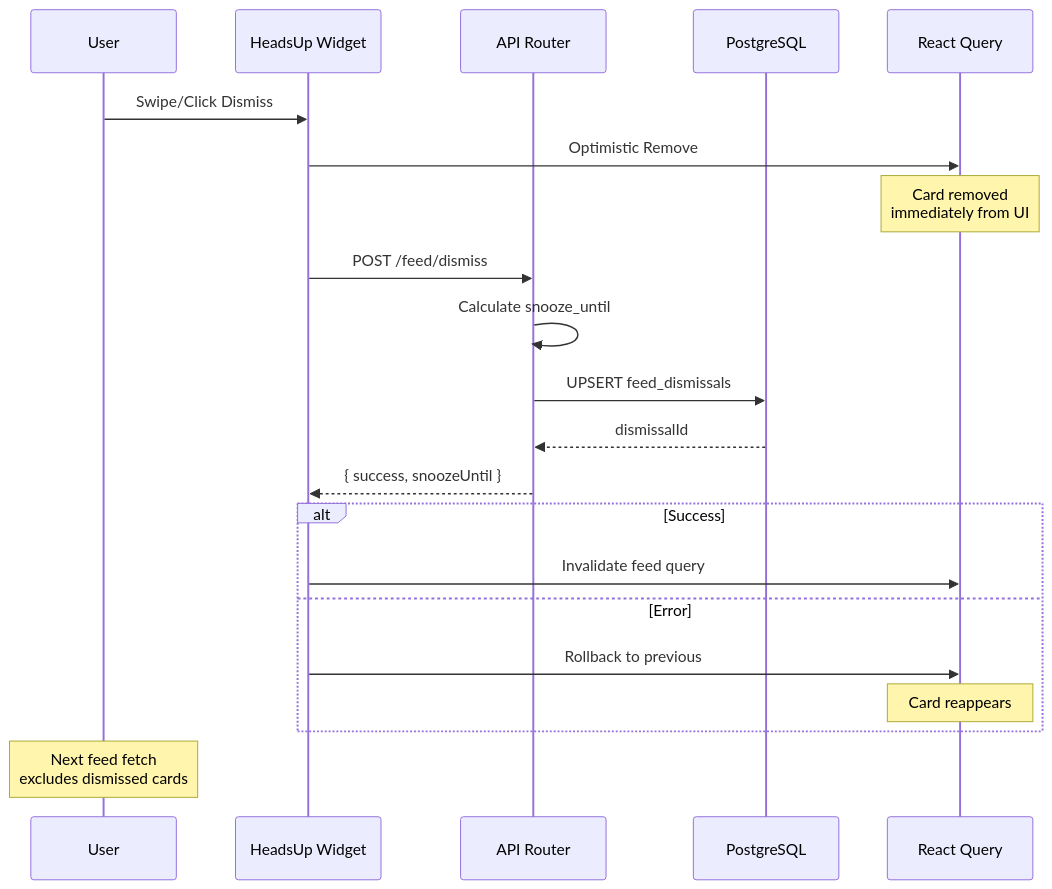
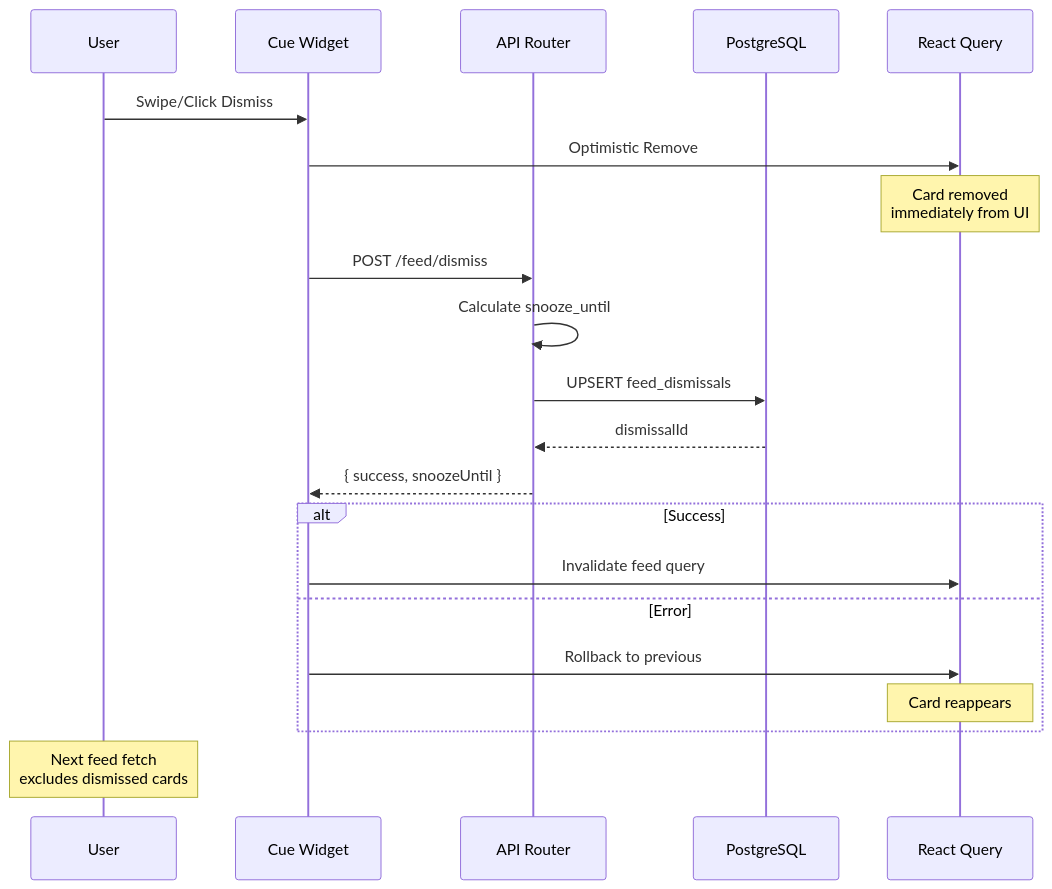
Before and after one commit to DormWay/mintlify-docs: the third of 6 diagrams in docs/engineering/architecture/sot-feed-cards.mdx, drawn with Mermaid. The commit also changed other lines of this file and 45 other files, not shown here.

````diff
--- a/docs/engineering/architecture/sot-feed-cards.mdx
+++ b/docs/engineering/architecture/sot-feed-cards.mdx
@@ -135,27 +140,27 @@
 ```mermaid
 sequenceDiagram
     participant User
-    participant UI as HeadsUp Widget
+    participant UI as Cue Widget
     participant API as API Router
     participant DB as PostgreSQL
     participant Cache as React Query
 
     User->>UI: Swipe/Click Dismiss
     UI->>Cache: Optimistic Remove
     Note over Cache: Card removed<br/>immediately from UI
 
     UI->>API: POST /feed/dismiss
     API->>API: Calculate snooze_until
     API->>DB: UPSERT feed_dismissals
     DB-->>API: dismissalId
     API-->>UI: { success, snoozeUntil }
 
     alt Success
         UI->>Cache: Invalidate feed query
     else Error
         UI->>Cache: Rollback to previous
         Note over Cache: Card reappears
     end
 
     Note over User: Next feed fetch<br/>excludes dismissed cards
 ```
````
